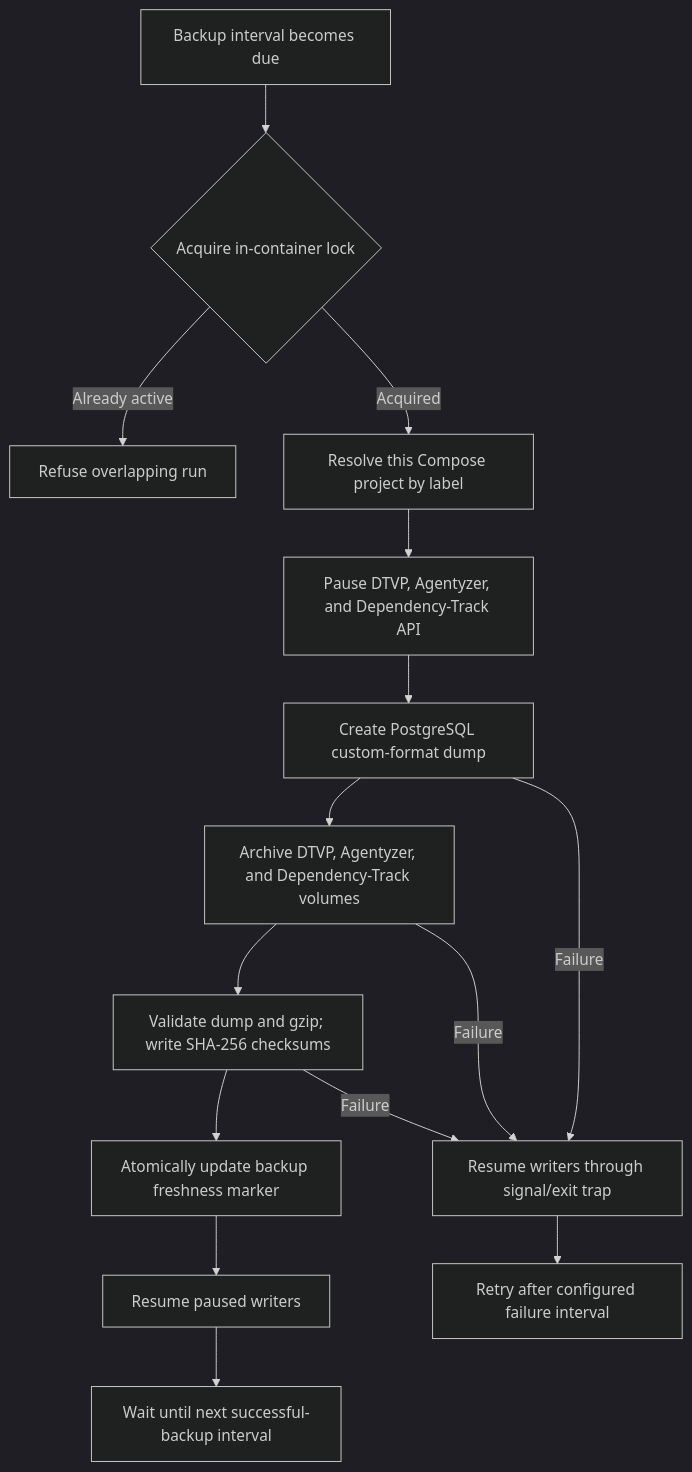
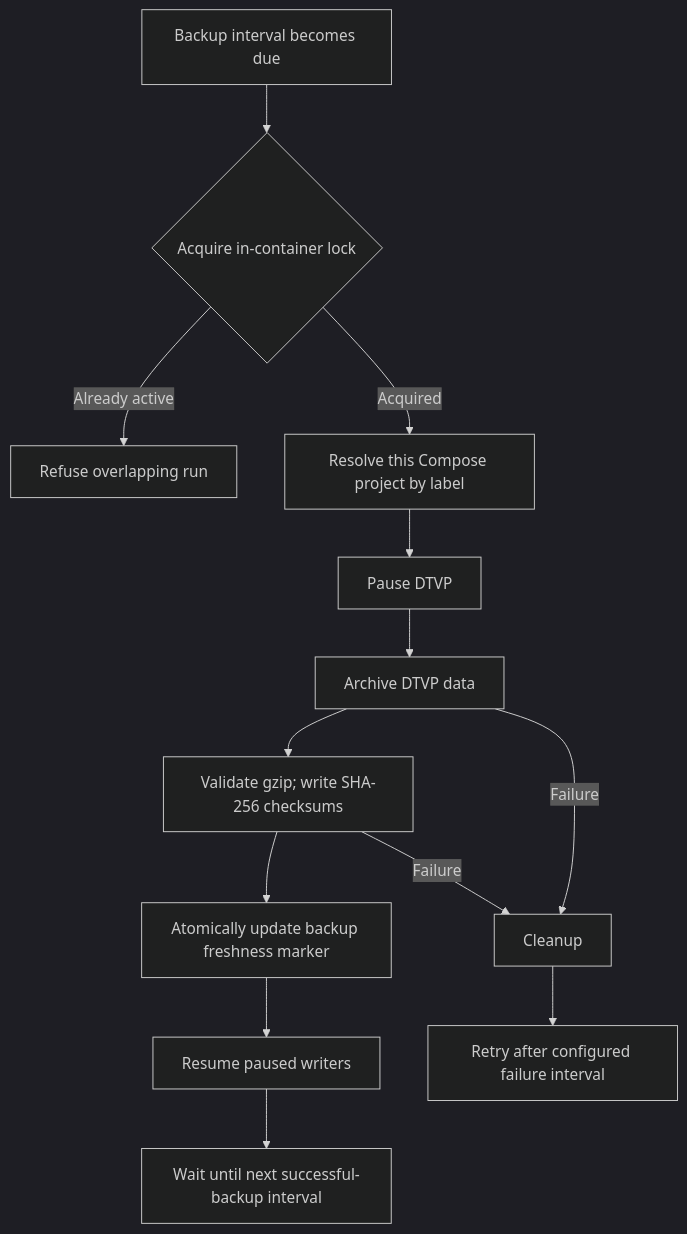
The third of 3 diagrams in docs/workflow-flowcharts.md (phbaer/dtvp), drawn with Mermaid (dark theme) before and after one commit. The commit also changed 40 other files, not shown here.

Commit message:
Move the dependency track demo our of the main config

````diff
--- a/docs/workflow-flowcharts.md
+++ b/docs/workflow-flowcharts.md
@@ -140,17 +140,15 @@
 ```mermaid
 flowchart TD
     Timer[Backup interval becomes due] --> Lock{Acquire in-container lock}
     Lock -->|Already active| Refuse[Refuse overlapping run]
     Lock -->|Acquired| Discover[Resolve this Compose project by label]
-    Discover --> Pause[Pause DTVP, Agentyzer, and Dependency-Track API]
-    Pause --> Dump[Create PostgreSQL custom-format dump]
-    Dump --> Archive[Archive DTVP, Agentyzer, and Dependency-Track volumes]
-    Archive --> Verify[Validate dump and gzip; write SHA-256 checksums]
+    Discover --> Pause[Pause DTVP]
+    Pause --> Archive[Archive DTVP data]
+    Archive --> Verify[Validate gzip; write SHA-256 checksums]
     Verify --> Marker[Atomically update backup freshness marker]
     Marker --> Resume[Resume paused writers]
     Resume --> Wait[Wait until next successful-backup interval]
-    Dump -->|Failure| Cleanup[Resume writers through signal/exit trap]
     Archive -->|Failure| Cleanup
     Verify -->|Failure| Cleanup
     Cleanup --> Retry[Retry after configured failure interval]
 ```
````
